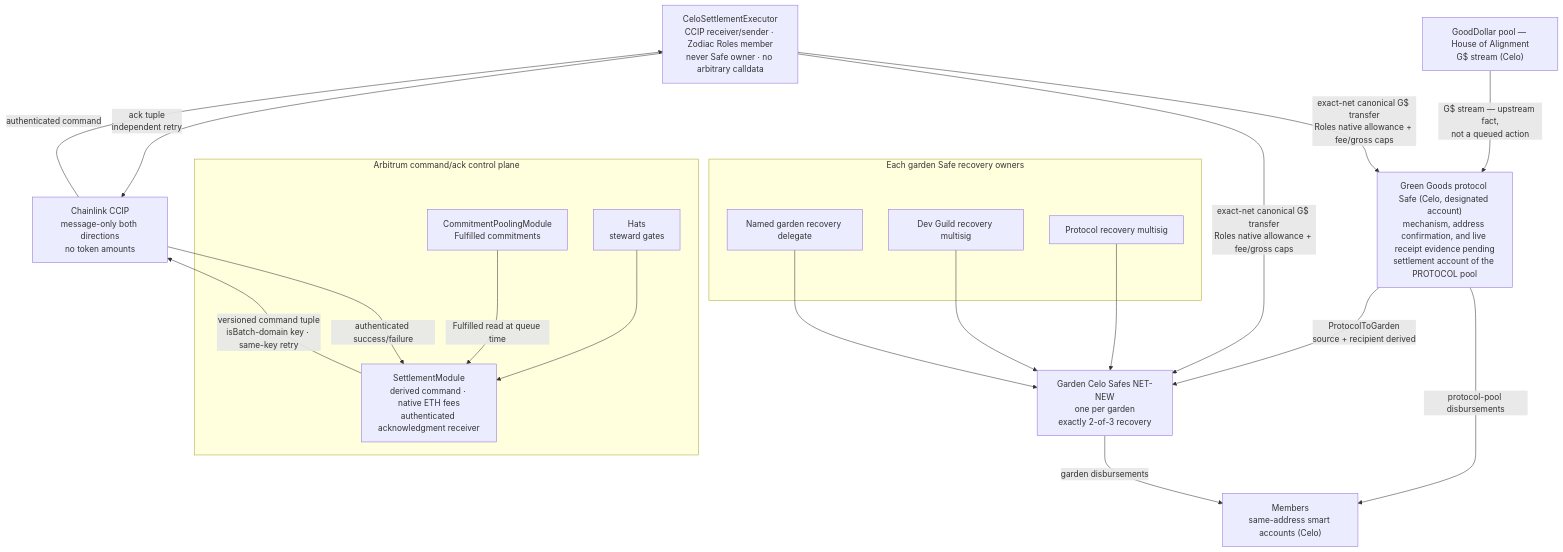
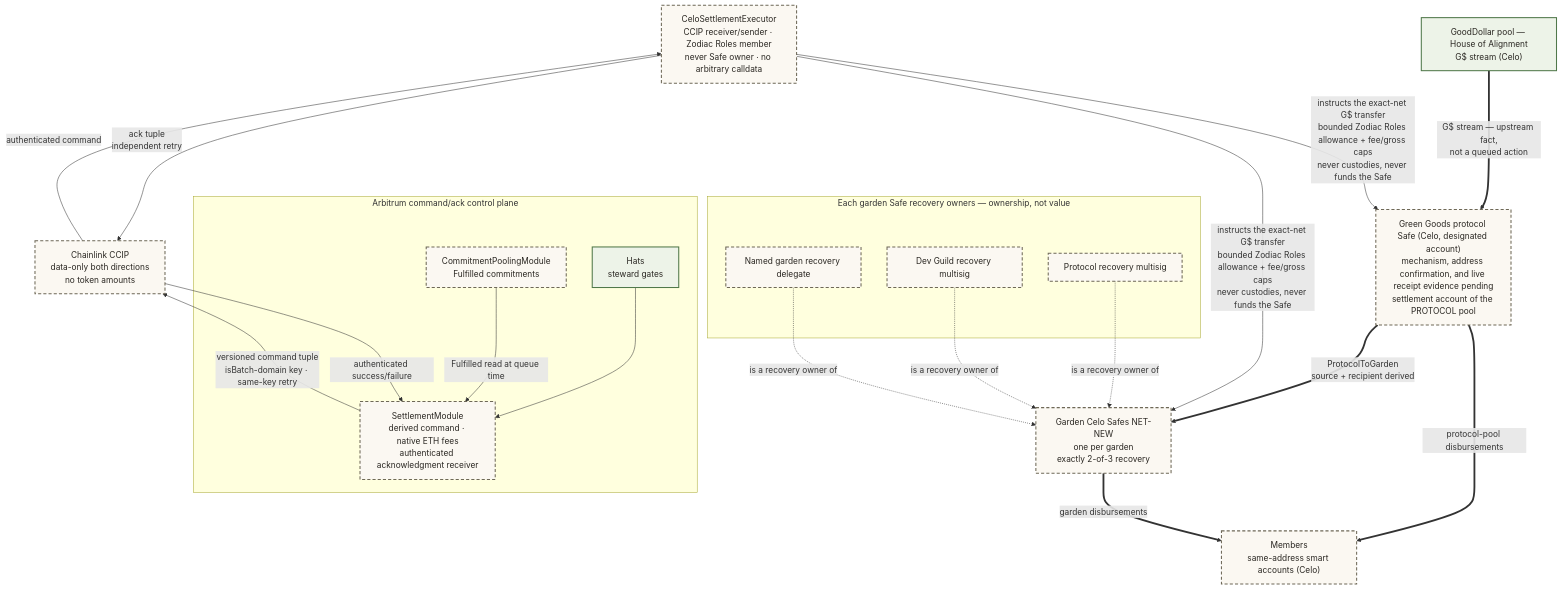
One commit to greenpill-dev-guild/green-goods changed diagram 20 of 32 in .plans/active/commitment-pooling/diagrams.md. Above: the diagram before and after it, drawn with Mermaid. The commit also changed other lines of this file and 5 other files, not shown here.

First line of the commit message:
docs(plans): commitment pooling architecture visual coherency pass (#659)

````diff
--- a/.plans/active/commitment-pooling/diagrams.md
+++ b/.plans/active/commitment-pooling/diagrams.md
@@ -810,38 +1056,44 @@
 ```mermaid
 flowchart TD
   HOA["GoodDollar pool — House of Alignment<br/>G$ stream (Celo)"]
-  GG["Green Goods protocol Safe (Celo, designated account)<br/>mechanism, address confirmation, and live receipt evidence pending<br/>settlement account of the PROTOCOL pool"]
+  PS["Green Goods protocol Safe (Celo, designated account)<br/>mechanism, address confirmation, and live receipt evidence pending<br/>settlement account of the PROTOCOL pool"]
   GS["Garden Celo Safes NET-NEW<br/>one per garden<br/>exactly 2-of-3 recovery"]
   MEM["Members<br/>same-address smart accounts (Celo)"]
 
-  subgraph OWN["Each garden Safe recovery owners"]
+  subgraph OWN["Each garden Safe recovery owners — ownership, not value"]
     PM["Protocol recovery multisig"]
     DM["Dev Guild recovery multisig"]
     GR["Named garden recovery delegate"]
   end
-  EXEC["CeloSettlementExecutor<br/>CCIP receiver/sender · Zodiac Roles member<br/>never Safe owner · no arbitrary calldata"]
+  CE["CeloSettlementExecutor<br/>CCIP receiver/sender · Zodiac Roles member<br/>never Safe owner · no arbitrary calldata"]
 
   subgraph ARB["Arbitrum command/ack control plane"]
     HATS["Hats<br/>steward gates"]
-    CPM2["CommitmentPoolingModule<br/>Fulfilled commitments"]
+    CPM["CommitmentPoolingModule<br/>Fulfilled commitments"]
     SM["SettlementModule<br/>derived command · native ETH fees<br/>authenticated acknowledgment receiver"]
   end
-  CCIP["Chainlink CCIP<br/>message-only both directions<br/>no token amounts"]
+  CCIP["Chainlink CCIP<br/>data-only both directions<br/>no token amounts"]
 
-  HOA -->|"G$ stream — upstream fact,<br/>not a queued action"| GG
-  GG -->|"ProtocolToGarden<br/>source + recipient derived"| GS
-  GG -->|"protocol-pool disbursements"| MEM
-  GS -->|"garden disbursements"| MEM
+  HOA ==>|"G$ stream — upstream fact,<br/>not a queued action"| PS
+  PS ==>|"ProtocolToGarden<br/>source + recipient derived"| GS
+  PS ==>|"protocol-pool disbursements"| MEM
+  GS ==>|"garden disbursements"| MEM
+  CE -->|"instructs the exact-net G$ transfer<br/>bounded Zodiac Roles allowance + fee/gross caps<br/>never custodies, never funds the Safe"| PS
+  CE -->|"instructs the exact-net G$ transfer<br/>bounded Zodiac Roles allowance + fee/gross caps<br/>never custodies, never funds the Safe"| GS
 
   HATS --> SM
-  CPM2 -->|"Fulfilled read at queue time"| SM
+  CPM -->|"Fulfilled read at queue time"| SM
   SM -->|"versioned command tuple<br/>isBatch-domain key · same-key retry"| CCIP
-  CCIP -->|"authenticated command"| EXEC
-  EXEC -->|"exact-net canonical G$ transfer<br/>Roles native allowance + fee/gross caps"| GG
-  EXEC -->|"exact-net canonical G$ transfer<br/>Roles native allowance + fee/gross caps"| GS
-  EXEC -->|"ack tuple<br/>independent retry"| CCIP
+  CCIP -->|"authenticated command"| CE
+  CE -->|"ack tuple<br/>independent retry"| CCIP
   CCIP -->|"authenticated success/failure"| SM
-  PM --> GS
-  DM --> GS
-  GR --> GS
+
+  PM -.->|"is a recovery owner of"| GS
+  DM -.->|"is a recovery owner of"| GS
+  GR -.->|"is a recovery owner of"| GS
+
+  classDef built fill:#edf3e8,stroke:#50784a,stroke-width:2px,color:#2a2722
+  classDef planned fill:#fbf8f2,stroke:#6e6857,stroke-width:2px,stroke-dasharray:6 4,color:#2a2722
+  class HOA,HATS built
+  class PS,GS,MEM,CE,CPM,SM,CCIP,PM,DM,GR planned
 ```
````
